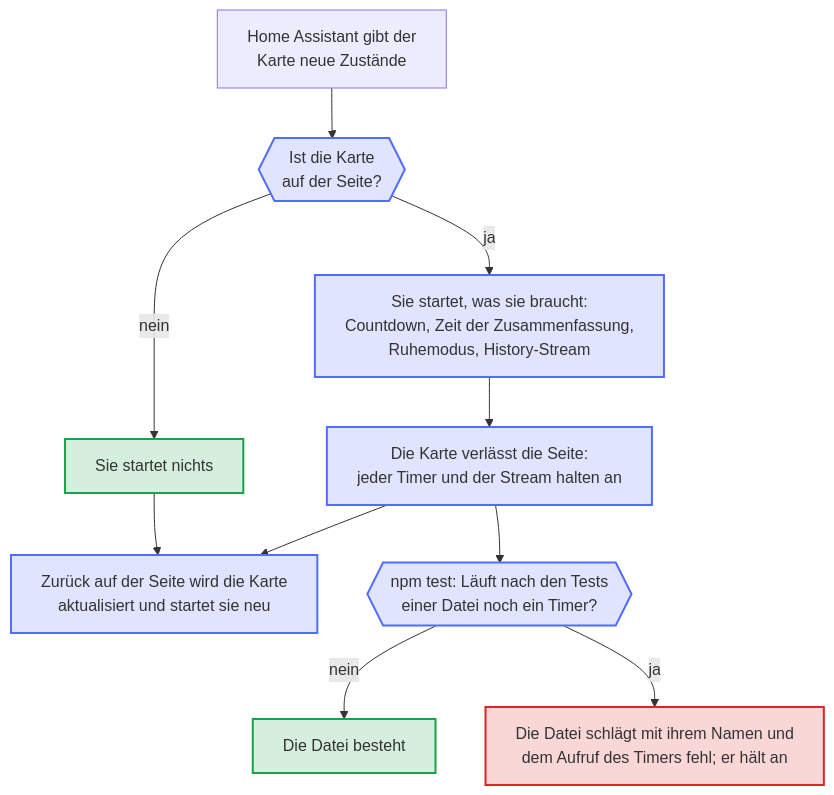
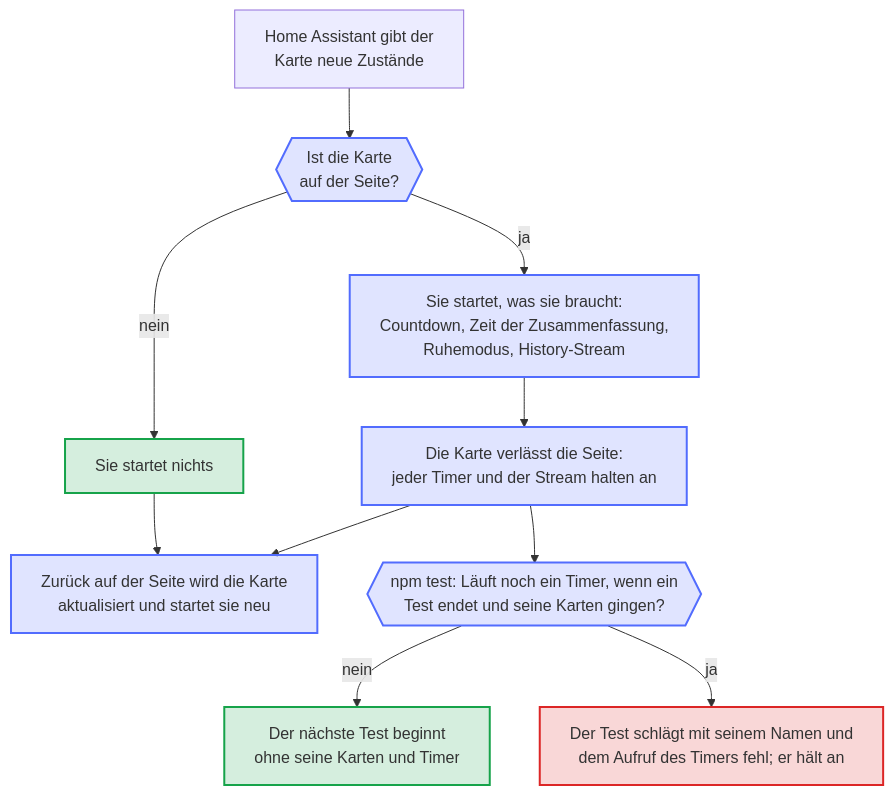
Before and after one commit to Dennis-Otto/ha-autodarts: the diagram in docs/diagrams/card-timers.de.mmd, drawn with Mermaid. The commit also changed 10 other files, not shown here.

First line of the commit message:
fix(cards): clear the idle timer of a card that left the page, so the tests never hang (#294)

```diff
--- a/docs/diagrams/card-timers.de.mmd
+++ b/docs/diagrams/card-timers.de.mmd
@@ -1,25 +1,25 @@
 ---
 config:
   flowchart:
     wrappingWidth: 400
 ---
 flowchart TB
   accTitle: Die Timer einer Karte und die Seite
-  accDescr: Home Assistant gibt einer Karte neue Zustände. Eine Karte auf der Seite startet, was sie braucht, etwa den Countdown eines Turniers, die Zeit der Zusammenfassung, den Ruhemodus und den History-Stream. Eine Karte, die die Seite verlassen hat, startet nichts. Das Verlassen der Seite hält jeden Timer und den Stream an; kommt die Karte zurück, wird sie aktualisiert und startet sie neu. Läuft nach den Tests einer Datei noch ein Timer, schlägt die Datei mit ihrem Namen und dem fehl, was der Timer aufruft, und der Timer hält an.
+  accDescr: Home Assistant gibt einer Karte neue Zustände. Eine Karte auf der Seite startet, was sie braucht, etwa den Countdown eines Turniers, die Zeit der Zusammenfassung, den Ruhemodus und den History-Stream. Eine Karte, die die Seite verlassen hat, startet nichts. Das Verlassen der Seite hält jeden Timer und den Stream an; kommt die Karte zurück, wird sie aktualisiert und startet sie neu. In npm test verlassen die Karten eines Tests die Seite, wenn er endet; läuft dann noch ein Timer, schlägt der Test mit seinem Namen und dem fehl, was der Timer aufruft, und der Timer hält an.
 
   STATES["Home Assistant gibt der<br/>Karte neue Zustände"] --> ON{{"Ist die Karte<br/>auf der Seite?"}}
   ON -- "ja" --> START["Sie startet, was sie braucht:<br/>Countdown, Zeit der Zusammenfassung,<br/>Ruhemodus, History-Stream"]
   ON -- "nein" --> NOTHING["Sie startet nichts"]
   START --> LEAVE["Die Karte verlässt die Seite:<br/>jeder Timer und der Stream halten an"]
   LEAVE --> BACK["Zurück auf der Seite wird die Karte<br/>aktualisiert und startet sie neu"]
   NOTHING --> BACK
-  LEAVE --> CHECK{{"npm test: Läuft nach den Tests<br/>einer Datei noch ein Timer?"}}
-  CHECK -- "nein" --> PASS["Die Datei besteht"]
-  CHECK -- "ja" --> FAIL["Die Datei schlägt mit ihrem Namen und<br/>dem Aufruf des Timers fehl; er hält an"]
+  LEAVE --> CHECK{{"npm test: Läuft noch ein Timer, wenn ein<br/>Test endet und seine Karten gingen?"}}
+  CHECK -- "nein" --> PASS["Der nächste Test beginnt<br/>ohne seine Karten und Timer"]
+  CHECK -- "ja" --> FAIL["Der Test schlägt mit seinem Namen und<br/>dem Aufruf des Timers fehl; er hält an"]
 
   classDef bot fill:#526cfe2e,stroke:#526cfe,stroke-width:2px
   classDef done fill:#16a34a2e,stroke:#16a34a,stroke-width:2px
   classDef failed fill:#dc26262e,stroke:#dc2626,stroke-width:2px
   class ON,START,LEAVE,BACK,CHECK bot
   class NOTHING,PASS done
   class FAIL failed
```
